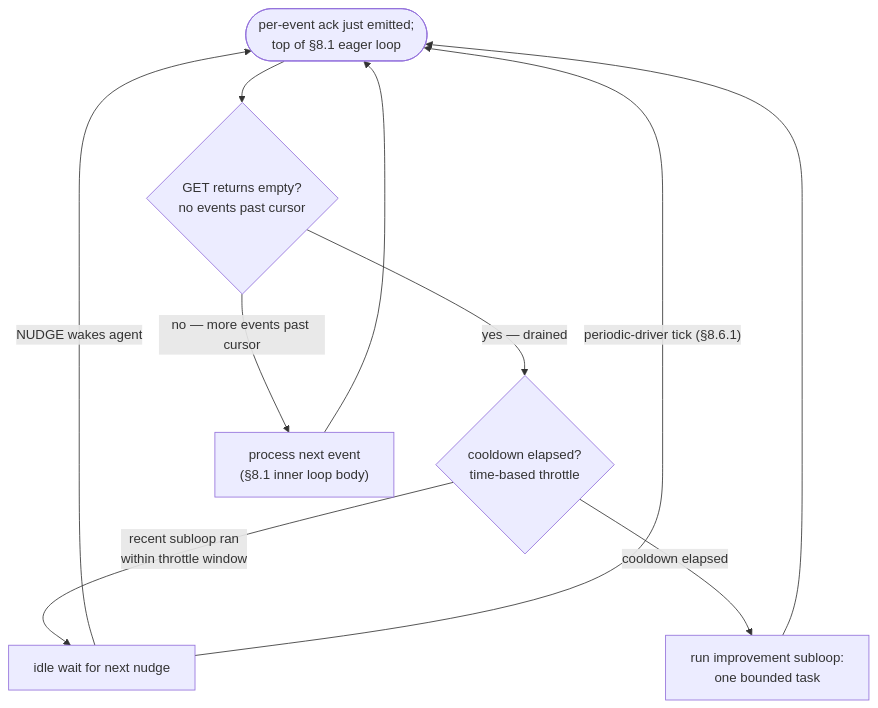
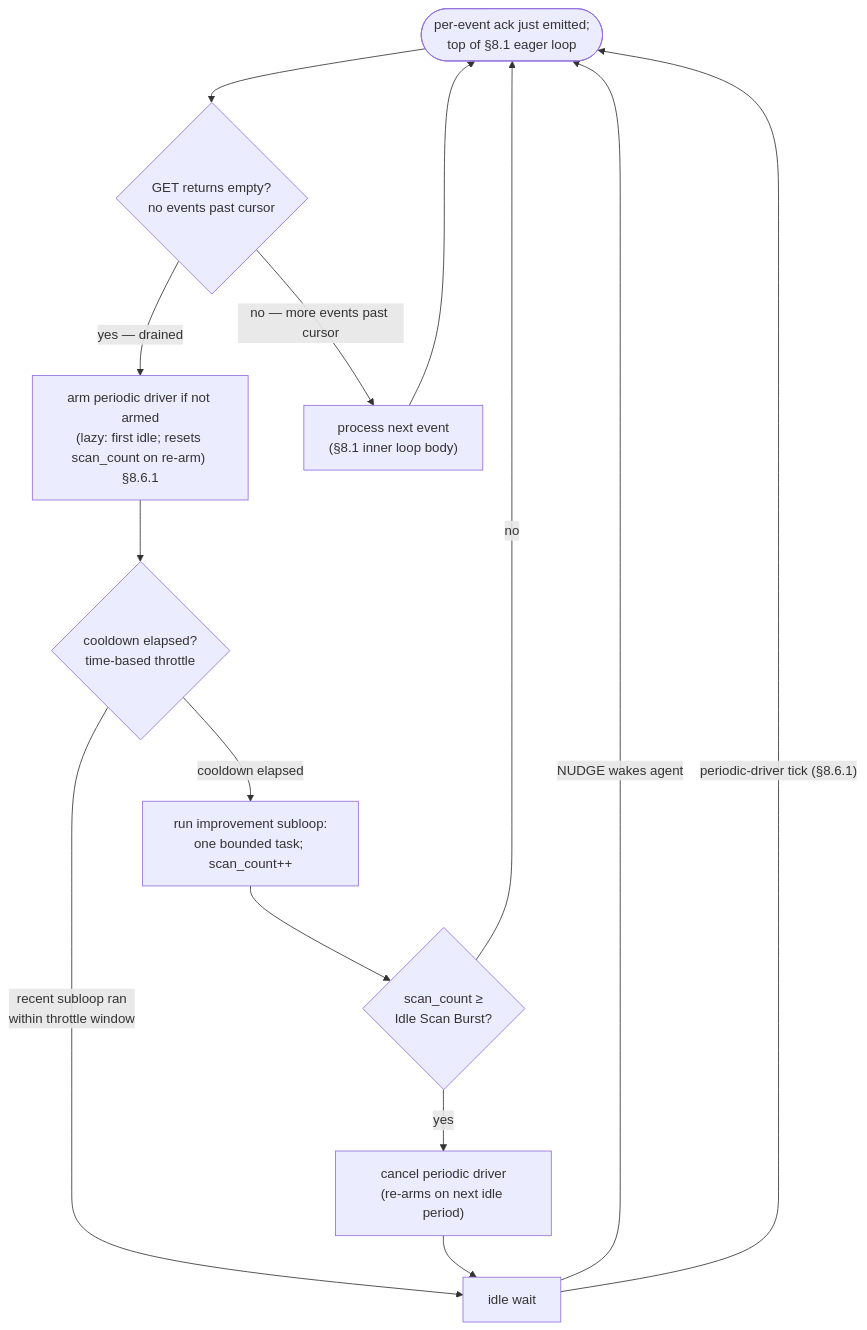
Diagram 14 of 15 in docs/AGENT-RUNTIME.md (WallyDoodlez/SquidSquad), drawn with Mermaid before and after one commit.

Commit message:
docs(#12506): update §8.6 flowchart for lazy-arm + bounded-cancel driver lifecycle
Diagram now reflects the prose: arm driver on first idle (lazy, resets
scan_count), scan_count++ per subloop, cancel at Idle Scan Burst threshold,
re-arm on next idle period. Refs #12506

````diff
--- a/docs/AGENT-RUNTIME.md
+++ b/docs/AGENT-RUNTIME.md
@@ -1072,19 +1072,26 @@
 ```mermaid
 flowchart TD
     Start(["per-event ack just emitted;<br/>top of §8.1 eager loop"])
     QEmpty{"GET returns empty?<br/>no events past cursor"}
+    Arm["arm periodic driver if not armed<br/>(lazy: first idle; resets scan_count on re-arm) §8.6.1"]
     Throttle{"cooldown elapsed?<br/>time-based throttle"}
-    Subloop["run improvement subloop:<br/>one bounded task"]
-    Idle["idle wait for next nudge"]
+    Subloop["run improvement subloop:<br/>one bounded task; scan_count++"]
+    Cap{"scan_count ≥<br/>Idle Scan Burst?"}
+    Cancel["cancel periodic driver<br/>(re-arms on next idle period)"]
+    Idle["idle wait"]
     Process["process next event<br/>(§8.1 inner loop body)"]
 
     Start --> QEmpty
     QEmpty -->|"no — more events past cursor"| Process
     Process --> Start
-    QEmpty -->|"yes — drained"| Throttle
+    QEmpty -->|"yes — drained"| Arm
+    Arm --> Throttle
     Throttle -->|"recent subloop ran<br/>within throttle window"| Idle
     Throttle -->|"cooldown elapsed"| Subloop
-    Subloop --> Start
+    Subloop --> Cap
+    Cap -->|"no"| Start
+    Cap -->|"yes"| Cancel
+    Cancel --> Idle
     Idle -->|"NUDGE wakes agent"| Start
     Idle -->|"periodic-driver tick (§8.6.1)"| Start
 ```
````
